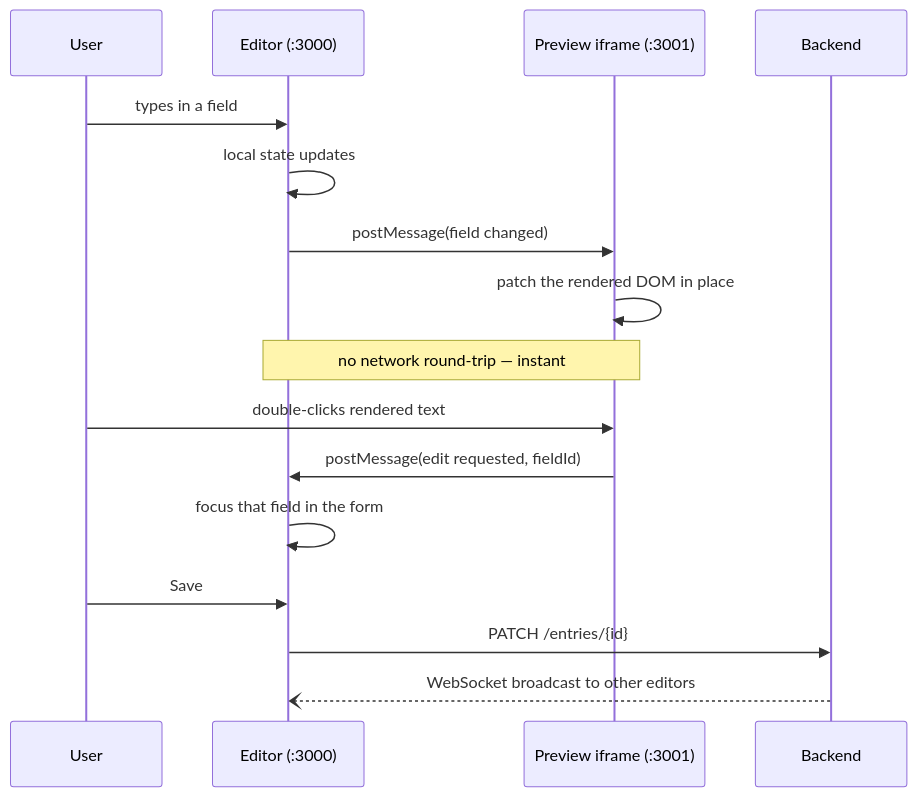
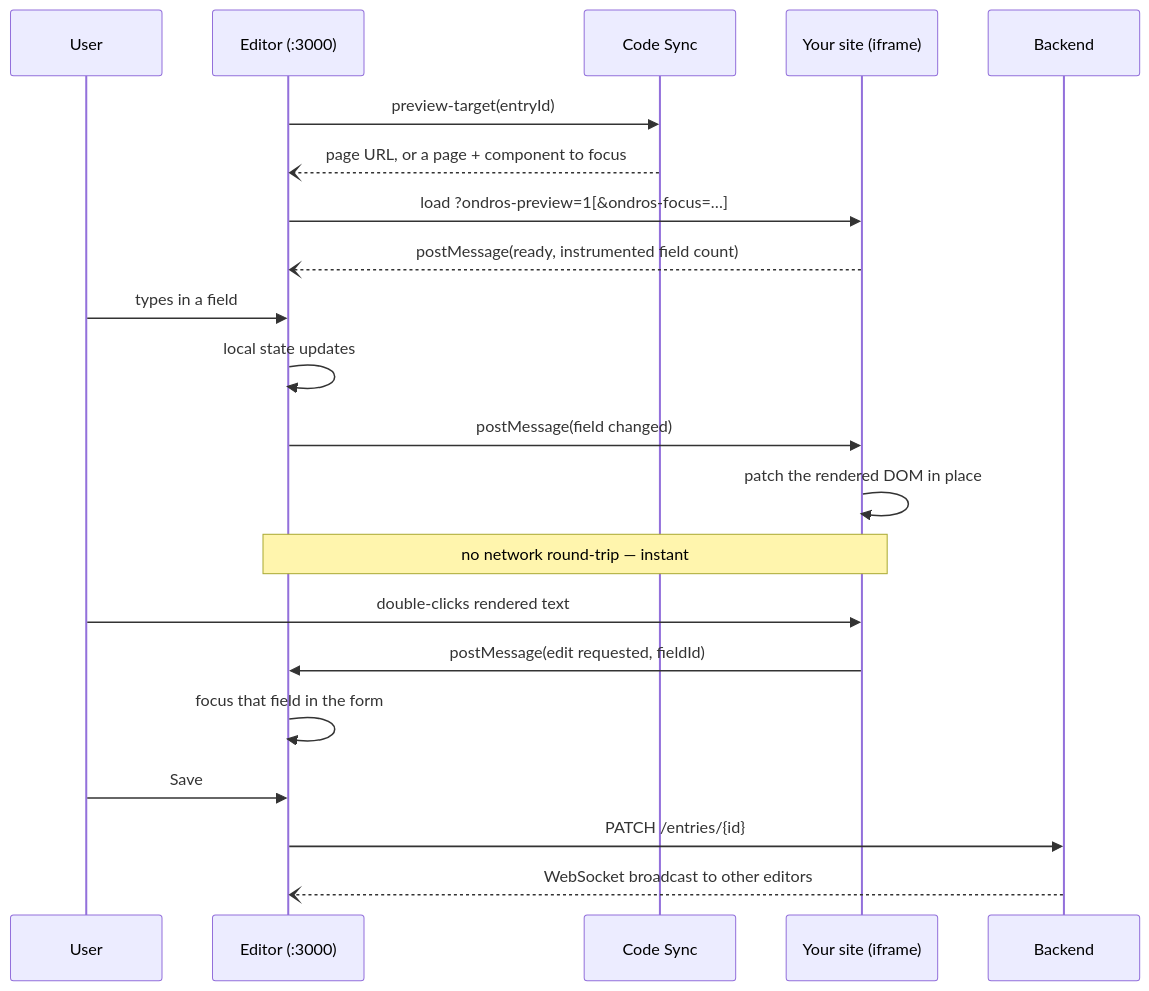
The fifth of 7 diagrams in docs/02-architecture.md (proteendas/ondros-cms), drawn with Mermaid before and after one commit. The commit also changed other lines of this file and 26 other files, not shown here.

````diff
--- a/docs/02-architecture.md
+++ b/docs/02-architecture.md
@@ -192,21 +196,27 @@
 ```mermaid
 sequenceDiagram
     participant U as User
     participant ED as Editor (:3000)
-    participant IF as Preview iframe (:3001)
+    participant CS as Code Sync
+    participant IF as Your site (iframe)
     participant API as Backend
+
+    ED->>CS: preview-target(entryId)
+    CS--)ED: page URL, or a page + component to focus
+    ED->>IF: load ?ondros-preview=1[&ondros-focus=…]
+    IF--)ED: postMessage(ready, instrumented field count)
 
     U->>ED: types in a field
     ED->>ED: local state updates
     ED->>IF: postMessage(field changed)
     IF->>IF: patch the rendered DOM in place
     Note over ED,IF: no network round-trip — instant
 
     U->>IF: double-clicks rendered text
     IF->>ED: postMessage(edit requested, fieldId)
     ED->>ED: focus that field in the form
 
     U->>ED: Save
     ED->>API: PATCH /entries/{id}
     API--)ED: WebSocket broadcast to other editors
 ```
````
